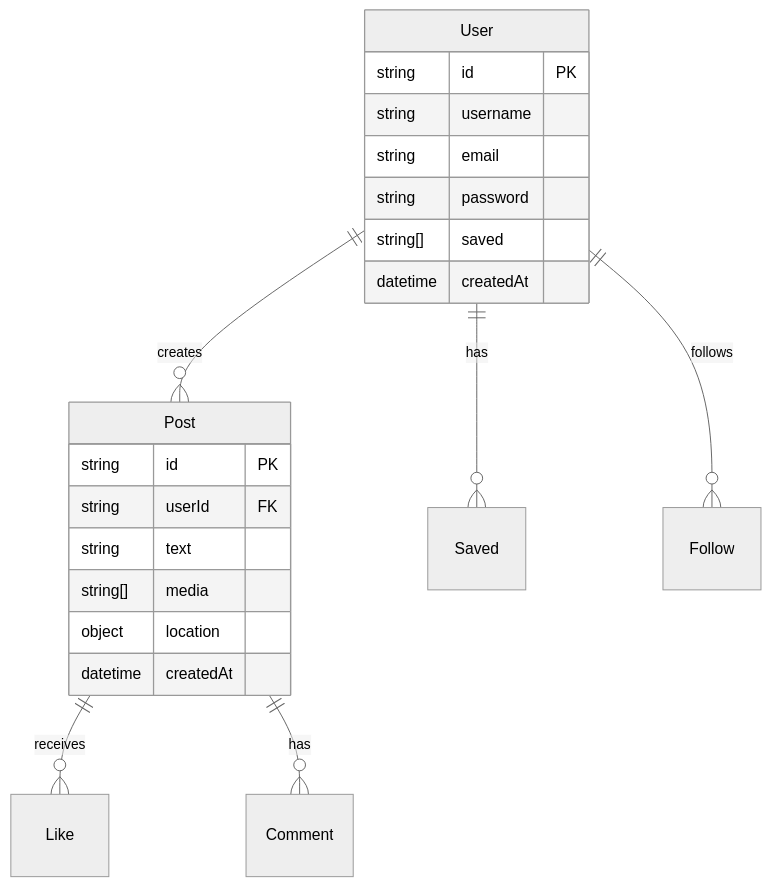
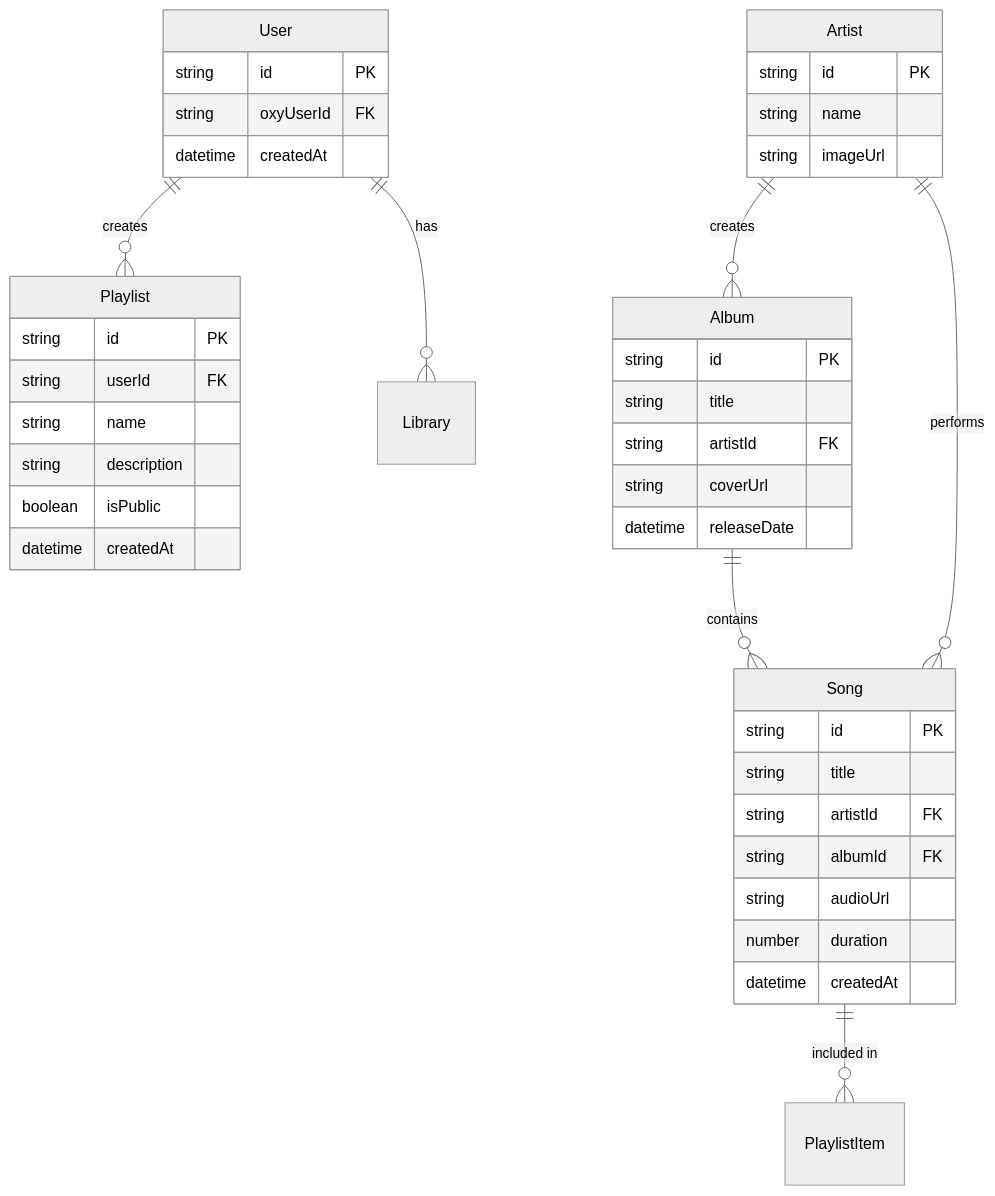
Before and after one commit to OxyHQ/Musico: the diagram in packages/backend/README.md, drawn with Mermaid (neutral theme). The commit also changed other lines of this file and 18 other files, not shown here.

````diff
--- a/packages/backend/README.md
+++ b/packages/backend/README.md
@@ -233,26 +179,48 @@
 ```mermaid
 erDiagram
-    User ||--o{ Post : creates
-    User ||--o{ Saved : has
-    User ||--o{ Follow : follows
-    Post ||--o{ Like : receives
-    Post ||--o{ Comment : has
+    User ||--o{ Playlist : creates
+    User ||--o{ Library : has
+    Song ||--o{ PlaylistItem : "included in"
+    Album ||--o{ Song : contains
+    Artist ||--o{ Album : creates
+    Artist ||--o{ Song : performs
     
     User {
         string id PK
-        string username
-        string email
-        string password
-        string[] saved
+        string oxyUserId FK
         datetime createdAt
     }
     
-    Post {
+    Song {
+        string id PK
+        string title
+        string artistId FK
+        string albumId FK
+        string audioUrl
+        number duration
+        datetime createdAt
+    }
+    
+    Album {
+        string id PK
+        string title
+        string artistId FK
+        string coverUrl
+        datetime releaseDate
+    }
+    
+    Artist {
+        string id PK
+        string name
+        string imageUrl
+    }
+    
+    Playlist {
         string id PK
         string userId FK
-        string text
-        string[] media
-        object location
+        string name
+        string description
+        boolean isPublic
         datetime createdAt
     }
 ```
````
